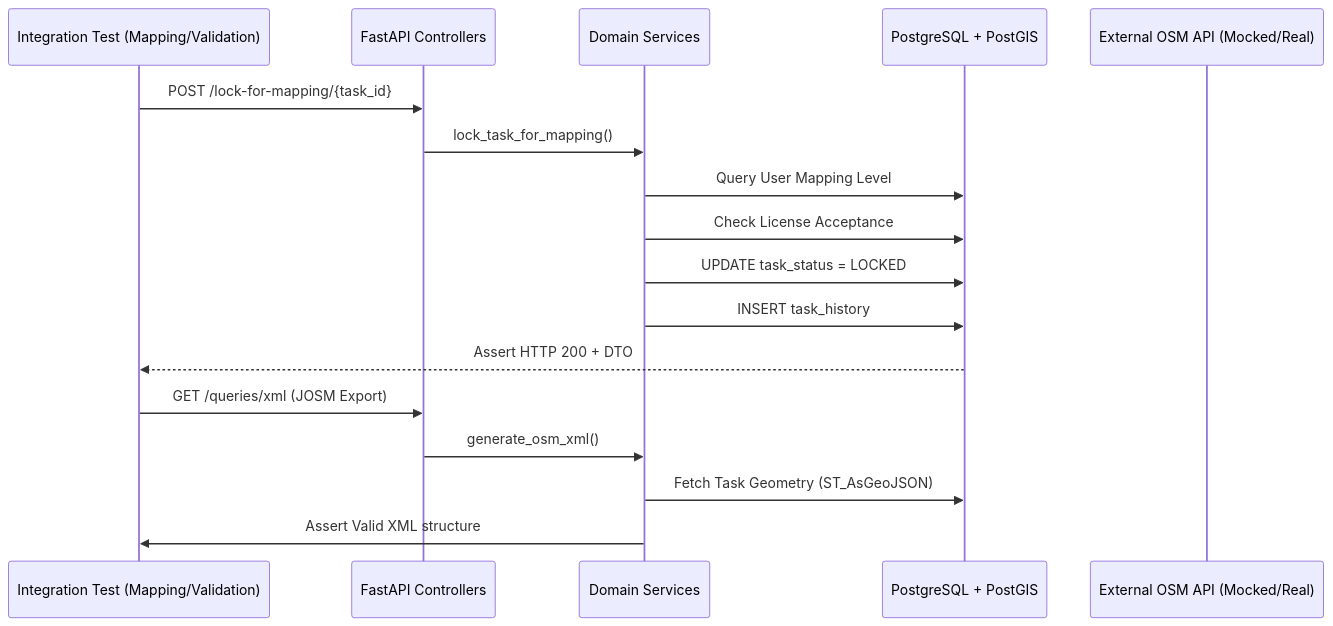
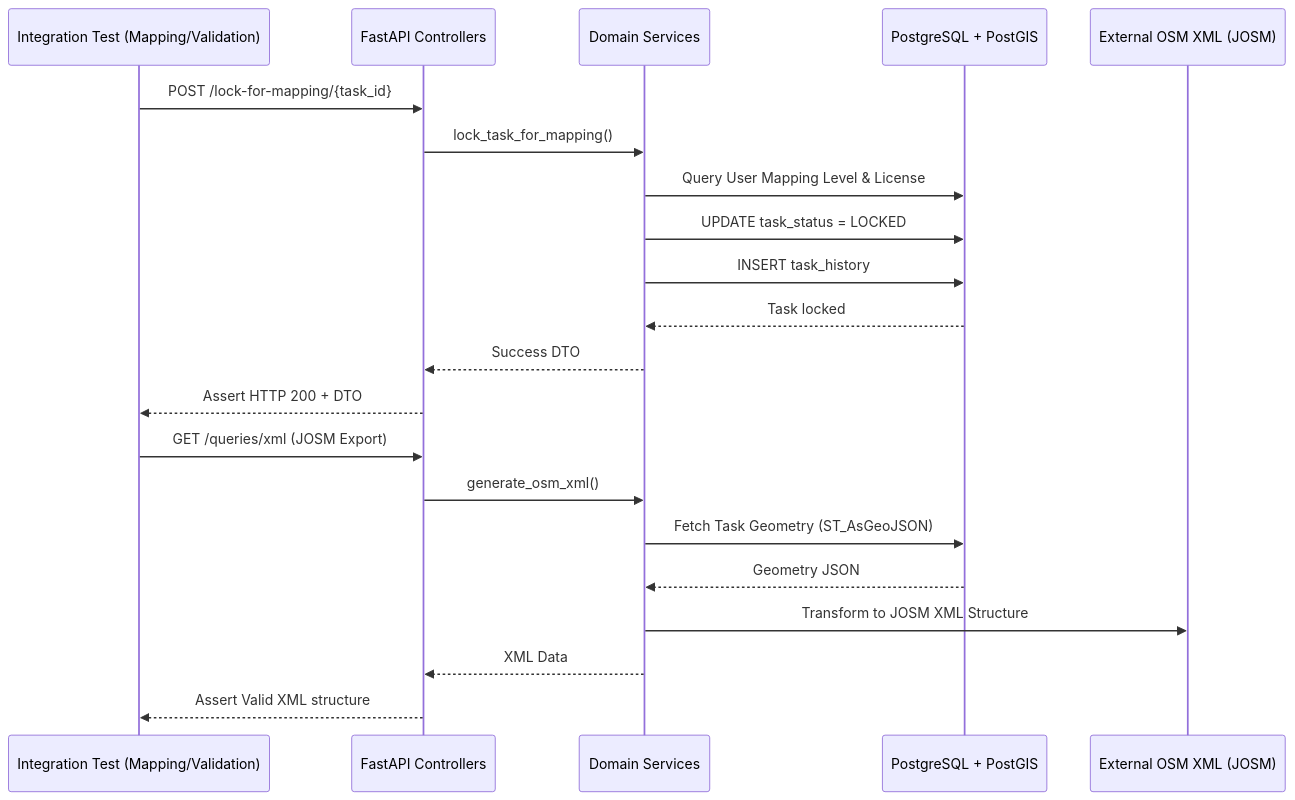
Before and after one commit to hotosm/tasking-manager: the diagram in tests-docs/02-diseno-de-pruebas/integracion/03-modulo-tareas-mapeo.md, drawn with Mermaid. The commit also changed other lines of this file, not shown here.

Commit message:
docs: actualizar la cobertura real del modulo de tareas, mapeos y validacion

````diff
--- a/tests-docs/02-diseno-de-pruebas/integracion/03-modulo-tareas-mapeo.md
+++ b/tests-docs/02-diseno-de-pruebas/integracion/03-modulo-tareas-mapeo.md
@@ -61,21 +111,25 @@
 ```mermaid
 sequenceDiagram
     participant Test as Integration Test (Mapping/Validation)
     participant API as FastAPI Controllers
     participant Service as Domain Services
     participant DB as PostgreSQL + PostGIS
-    participant OSM as External OSM API (Mocked/Real)
+    participant OSM as External OSM XML (JOSM)
 
     Test->>API: POST /lock-for-mapping/{task_id}
     API->>Service: lock_task_for_mapping()
-    Service->>DB: Query User Mapping Level
-    Service->>DB: Check License Acceptance
+    Service->>DB: Query User Mapping Level & License
     Service->>DB: UPDATE task_status = LOCKED
     Service->>DB: INSERT task_history
-    DB-->>Test: Assert HTTP 200 + DTO
+    DB-->>Service: Task locked
+    Service-->>API: Success DTO
+    API-->>Test: Assert HTTP 200 + DTO
     
     Test->>API: GET /queries/xml (JOSM Export)
     API->>Service: generate_osm_xml()
     Service->>DB: Fetch Task Geometry (ST_AsGeoJSON)
-    Service->>Test: Assert Valid XML structure
+    DB-->>Service: Geometry JSON
+    Service->>OSM: Transform to JOSM XML Structure
+    Service-->>API: XML Data
+    API-->>Test: Assert Valid XML structure
 ```
````
